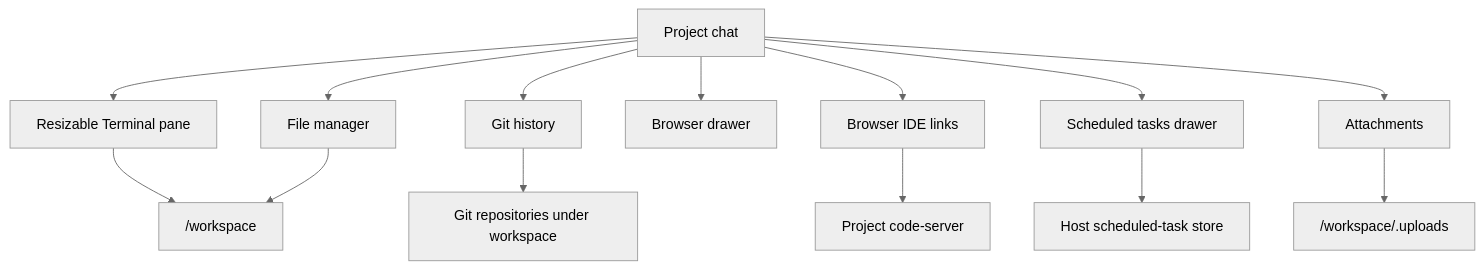
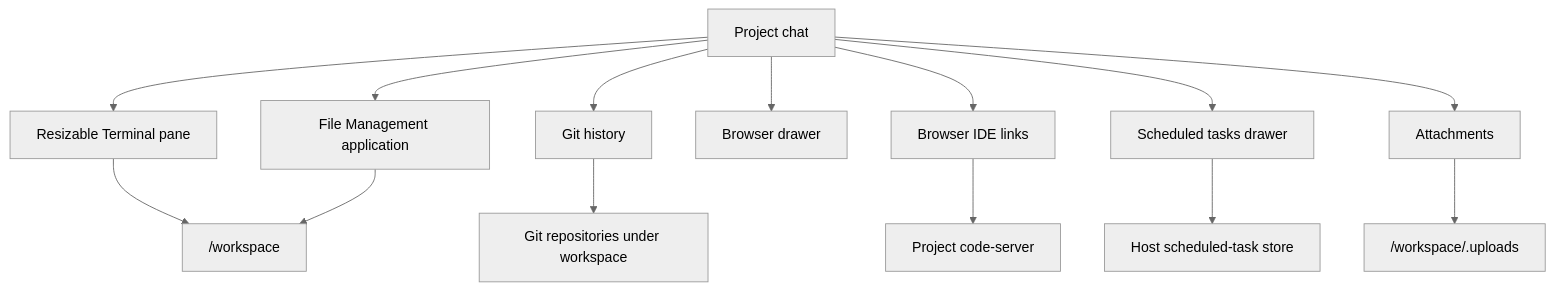
One commit to futrx-com/remote.futrx changed the first of 6 diagrams in docs/02-workspaces/05-workspace-tools.md. Above: the diagram before and after it, drawn with Mermaid (neutral theme). The commit also changed other lines of this file and 34 other files, not shown here.

````diff
--- a/docs/02-workspaces/05-workspace-tools.md
+++ b/docs/02-workspaces/05-workspace-tools.md
@@ -9,17 +10,17 @@
 ```mermaid
 flowchart TD
     Chat["Project chat"] --> Terminal["Resizable Terminal pane"]
-    Chat --> Files["File manager"]
+    Chat --> Files["File Management application"]
     Chat --> History["Git history"]
     Chat --> Browser["Browser drawer"]
     Chat --> IDE["Browser IDE links"]
     Chat --> Schedules["Scheduled tasks drawer"]
     Chat --> Upload["Attachments"]
 
     Terminal --> Workspace["/workspace"]
     Files --> Workspace
     History --> Repos["Git repositories under workspace"]
     IDE --> CodeServer["Project code-server"]
     Upload --> UploadDir["/workspace/.uploads"]
     Schedules --> ScheduleStore["Host scheduled-task store"]
 ```
````
